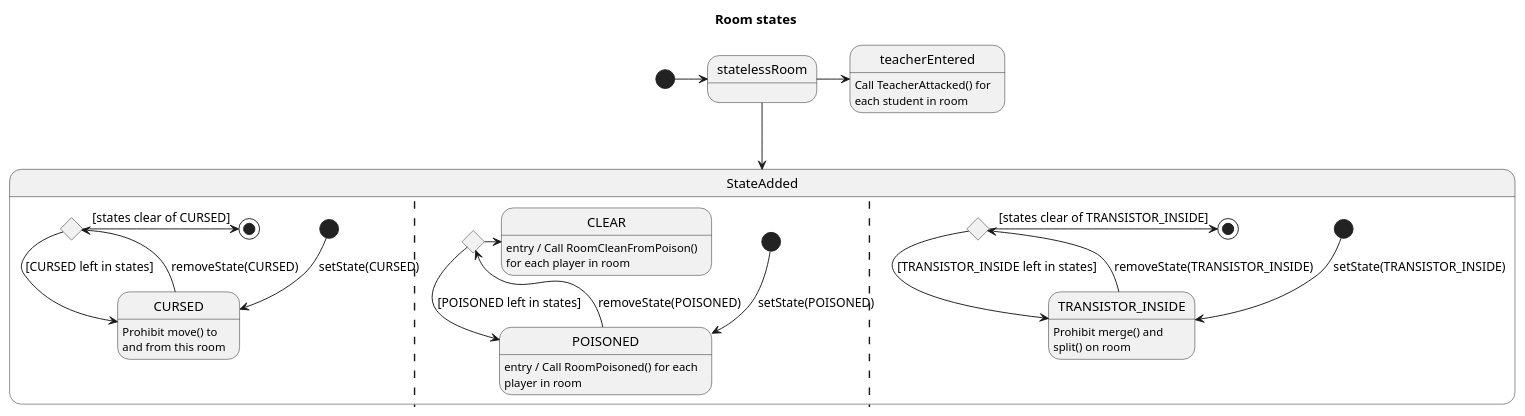
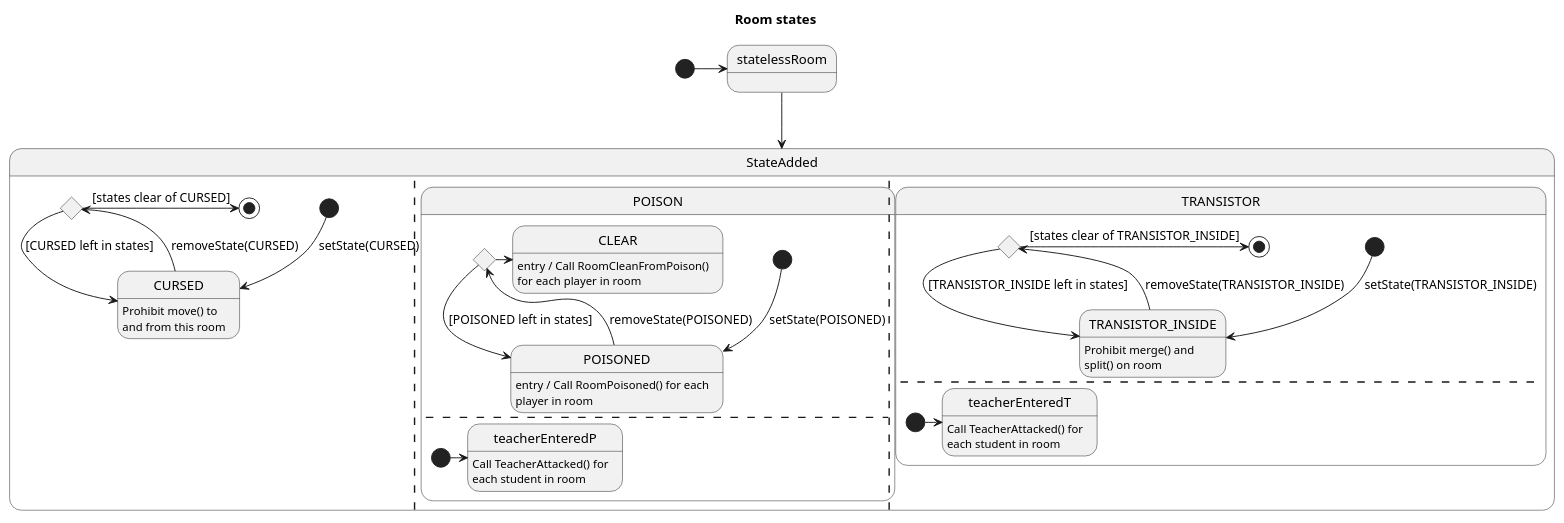
One commit to MBakter/echo changed the diagram in Reko/state_room.plantuml. Above: the diagram before and after it, drawn with PlantUML.

Commit message:
WIP room state 2

```diff
--- a/Reko/state_room.plantuml
+++ b/Reko/state_room.plantuml
@@ -1,39 +1,46 @@
 @startuml state_room
 title Room states
 [*] -> statelessRoom
 statelessRoom --> StateAdded
 State StateAdded{
 state cc <<choice>>
 [*] --> CURSED : setState(CURSED)
 CURSED : Prohibit move() to 
 CURSED : and from this room
 CURSED --> cc : removeState(CURSED)
 cc -> [*] : [states clear of CURSED]
 cc --> CURSED : [CURSED left in states]
 
 
 ||
+State POISON{
 state cp <<choice>>
 [*] --> POISONED : setState(POISONED)
 POISONED : entry / Call RoomPoisoned() for each
 POISONED : player in room
 POISONED --> cp : removeState(POISONED)
 cp -> CLEAR
 CLEAR : entry / Call RoomCleanFromPoison()
 CLEAR : for each player in room
 cp --> POISONED : [POISONED left in states]
-
+--
+[*] -> teacherEnteredP
+teacherEnteredP : Call TeacherAttacked() for
+teacherEnteredP : each student in room
+}
 ||
+State TRANSISTOR{
 state ct <<choice>>
 [*] --> TRANSISTOR_INSIDE : setState(TRANSISTOR_INSIDE)
 TRANSISTOR_INSIDE : Prohibit merge() and
 TRANSISTOR_INSIDE : split() on room
 TRANSISTOR_INSIDE --> ct : removeState(TRANSISTOR_INSIDE)
 ct -> [*] : [states clear of TRANSISTOR_INSIDE]
 ct --> TRANSISTOR_INSIDE : [TRANSISTOR_INSIDE left in states]
-
+--
+[*] -> teacherEnteredT
+teacherEnteredT : Call TeacherAttacked() for
+teacherEnteredT : each student in room
 }
-statelessRoom -> teacherEntered
-teacherEntered : Call TeacherAttacked() for
-teacherEntered : each student in room
+}
 @enduml
```
